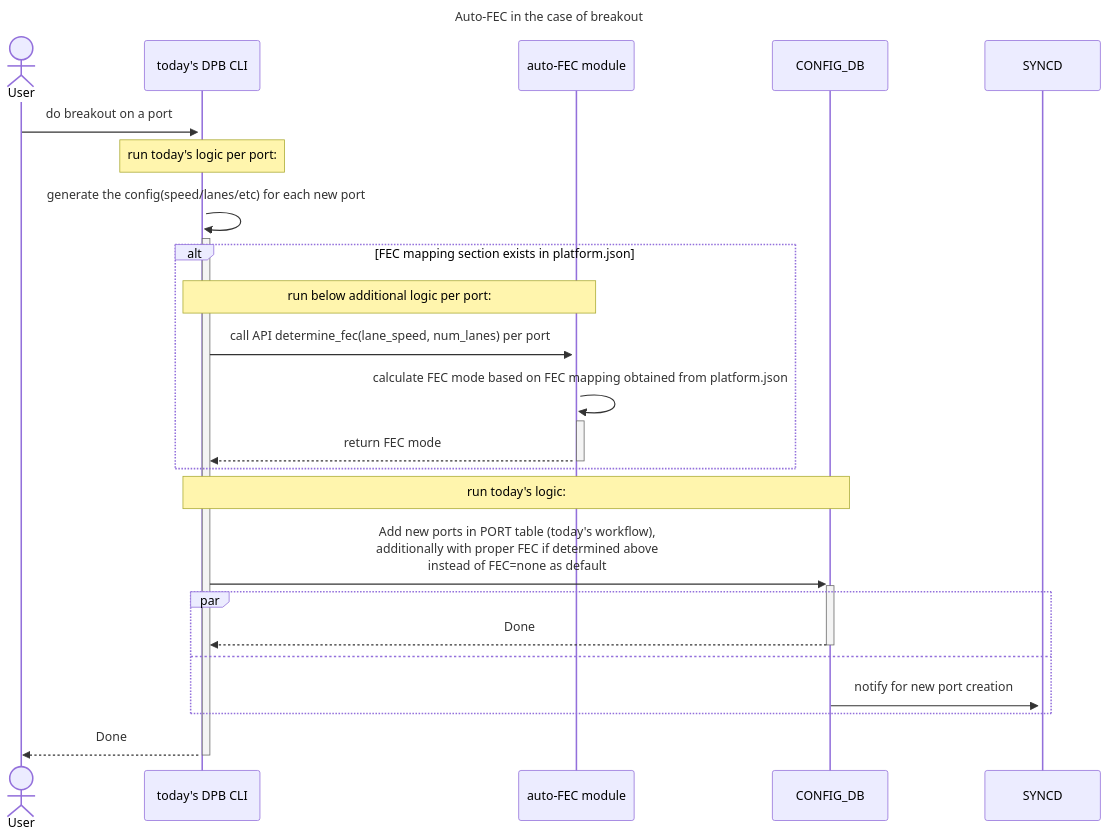
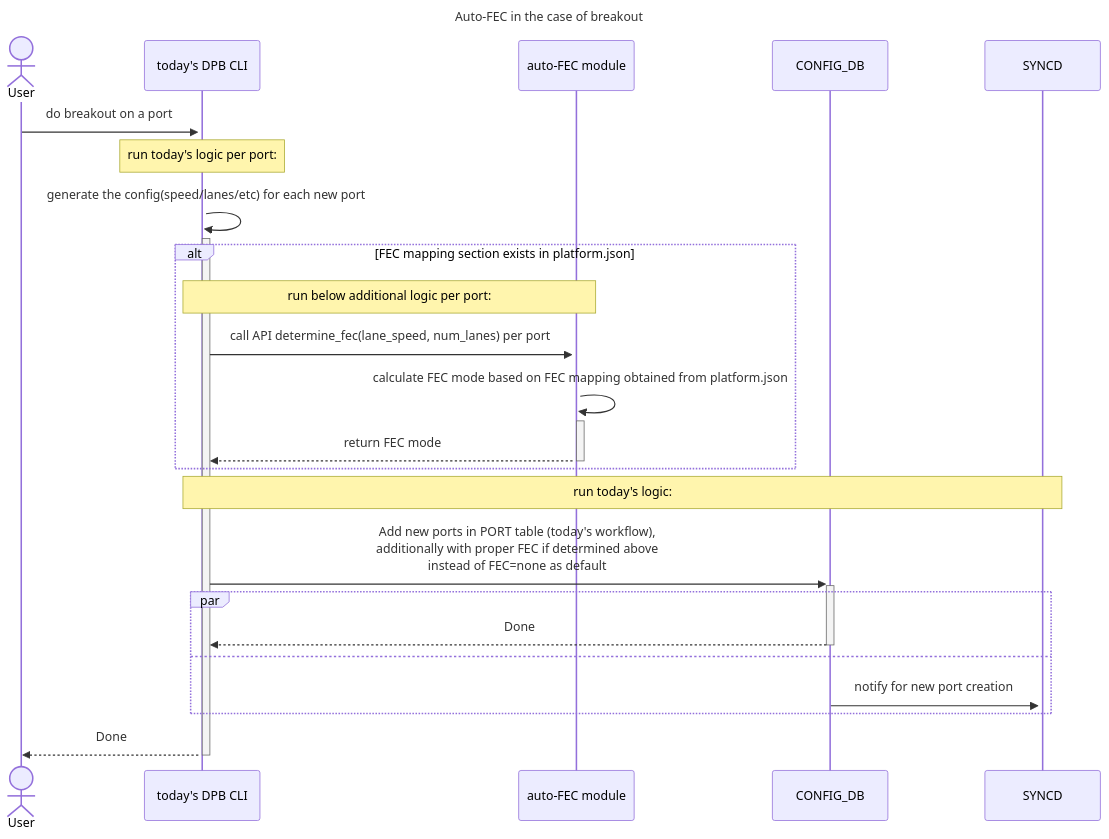
The first of 2 diagrams in doc/port-fec/auto-fec.md (sonic-net/SONiC), drawn with Mermaid before and after one commit.

````diff
--- a/doc/port-fec/auto-fec.md
+++ b/doc/port-fec/auto-fec.md
@@ -3,33 +3,33 @@
 ```mermaid
 sequenceDiagram
     title Auto-FEC in the case of breakout
 
     actor user as User
     participant dpb_cli as today's DPB CLI
     participant auto_fec as auto-FEC module
     participant config_db as CONFIG_DB
     participant syncd as SYNCD
 
 
     user ->>+ dpb_cli: do breakout on a port
     note over dpb_cli: run today's logic per port:
     dpb_cli ->>+ dpb_cli: generate the config(speed/lanes/etc) for each new port
 
     alt FEC mapping section exists in platform.json
         note over dpb_cli,auto_fec: run below additional logic per port:
         dpb_cli ->>+ auto_fec: call API determine_fec(lane_speed, num_lanes) per port
         auto_fec ->>+ auto_fec: calculate FEC mode based on FEC mapping obtained from platform.json
         auto_fec -->>- dpb_cli: return FEC mode
     end
 
-    note over dpb_cli, config_db: run today's logic:
+    note over dpb_cli, syncd: run today's logic:
     dpb_cli ->>+ config_db: Add new ports in PORT table (today's workflow), <BR> additionally with proper FEC if determined above <BR> instead of FEC=none as default
 
     par
         config_db -->>- dpb_cli: Done
     and
         config_db ->>+ syncd: notify for new port creation
     end
 
     dpb_cli -->>- user: Done
 ```
````
